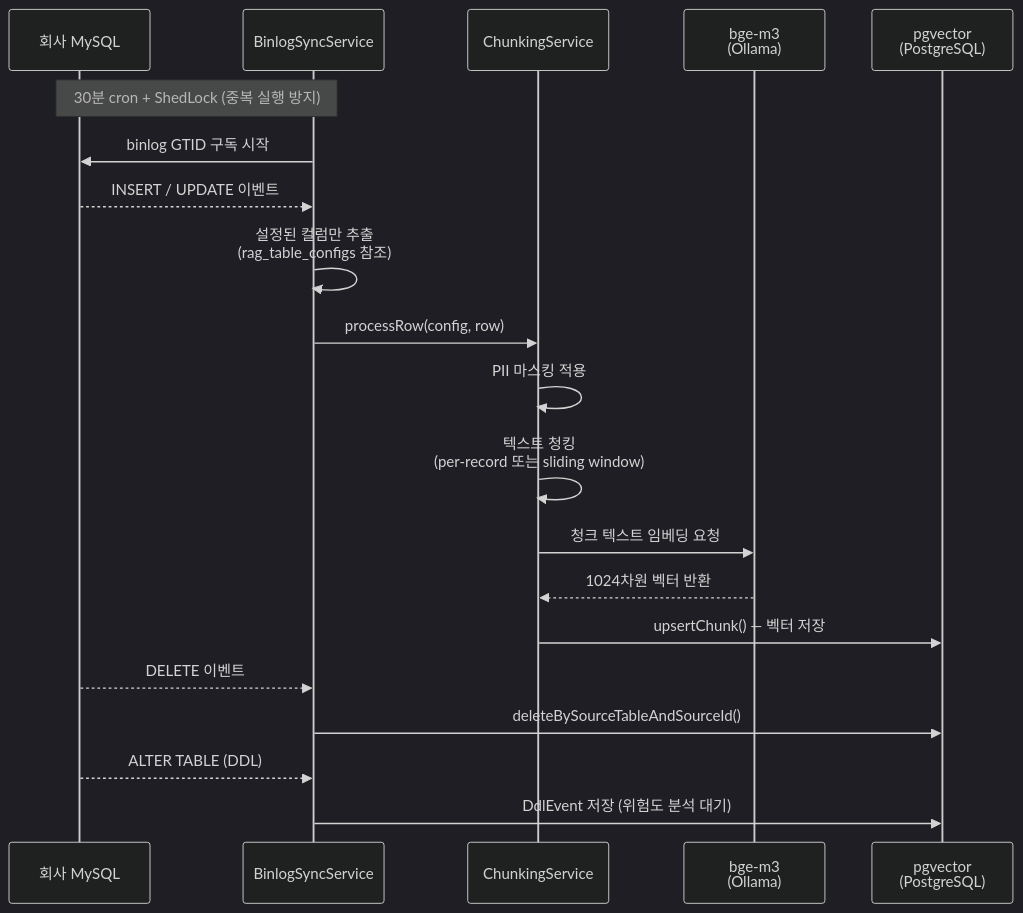
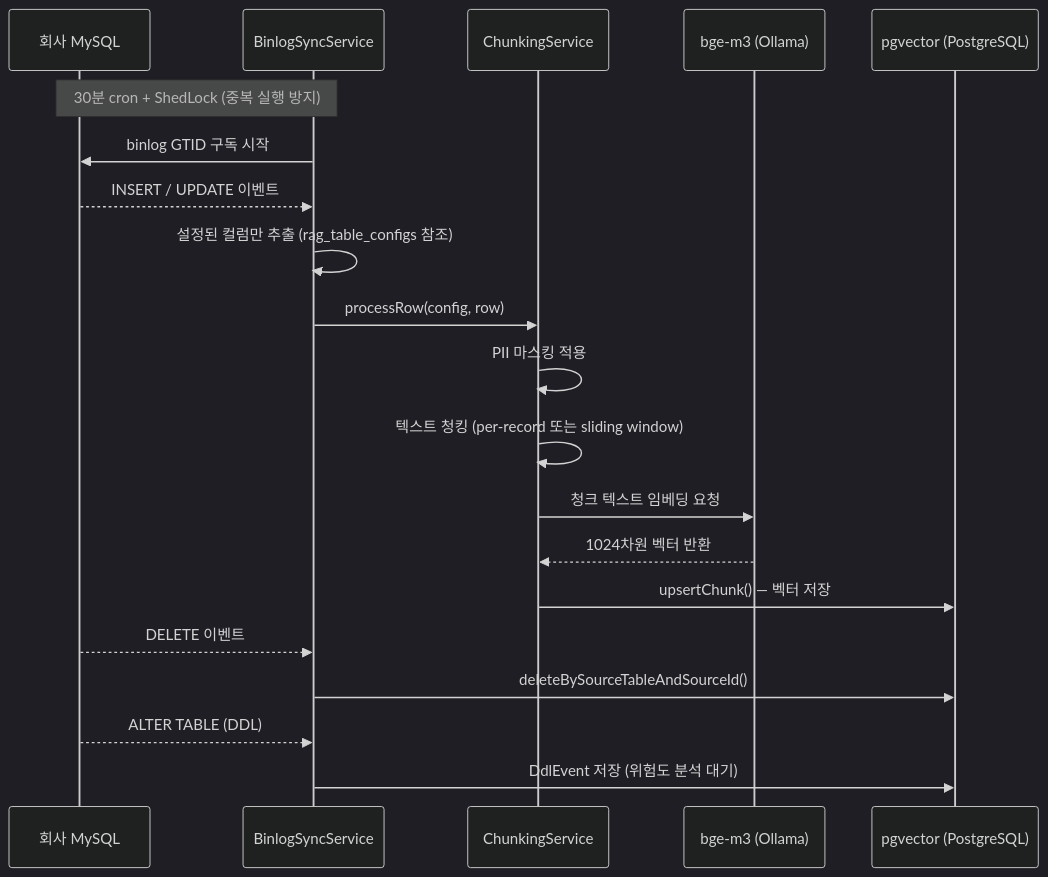
Before and after one commit to nittre/ragvault: the second of 4 diagrams in README.md, drawn with Mermaid (dark theme). The commit also changed other lines of this file, not shown here.

First line of the commit message:
docs(readme): README 전면 개편 + mermaid 문법 수정

````diff
--- a/README.md
+++ b/README.md
@@ -122,28 +175,28 @@
 ```mermaid
 sequenceDiagram
     participant M as 회사 MySQL
     participant B as BinlogSyncService
     participant C as ChunkingService
-    participant E as bge-m3<br/>(Ollama)
-    participant P as pgvector<br/>(PostgreSQL)
+    participant E as bge-m3 (Ollama)
+    participant P as pgvector (PostgreSQL)
 
     Note over M,B: 30분 cron + ShedLock (중복 실행 방지)
 
     B->>M: binlog GTID 구독 시작
     M-->>B: INSERT / UPDATE 이벤트
 
-    B->>B: 설정된 컬럼만 추출<br/>(rag_table_configs 참조)
+    B->>B: 설정된 컬럼만 추출 (rag_table_configs 참조)
     B->>C: processRow(config, row)
 
     C->>C: PII 마스킹 적용
-    C->>C: 텍스트 청킹<br/>(per-record 또는 sliding window)
+    C->>C: 텍스트 청킹 (per-record 또는 sliding window)
     C->>E: 청크 텍스트 임베딩 요청
     E-->>C: 1024차원 벡터 반환
     C->>P: upsertChunk() — 벡터 저장
 
     M-->>B: DELETE 이벤트
     B->>P: deleteBySourceTableAndSourceId()
 
     M-->>B: ALTER TABLE (DDL)
     B->>P: DdlEvent 저장 (위험도 분석 대기)
 ```
````
